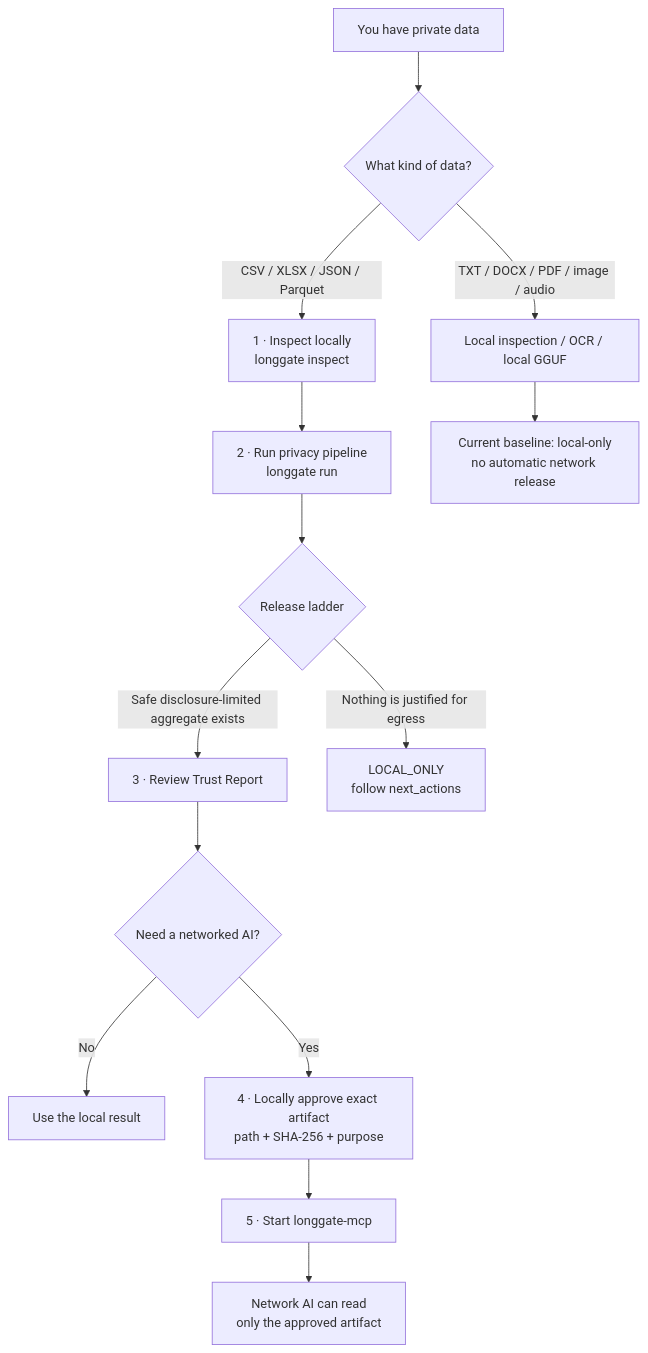
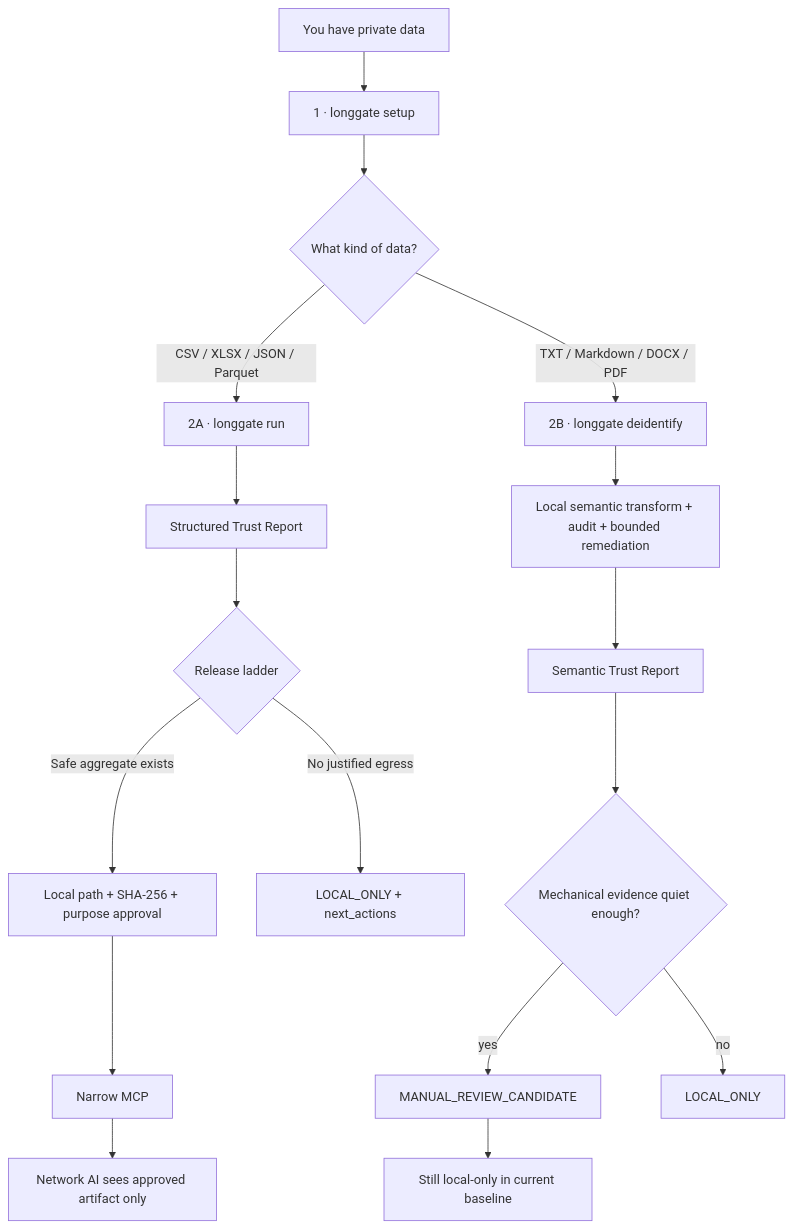
The first of 2 diagrams in README.md (CochraneK/long-gate), drawn with Mermaid before and after one commit. The commit also changed other lines of this file and 23 other files, not shown here.

First line of the commit message:
feat: complete P0 local privacy product loop

````diff
--- a/README.md
+++ b/README.md
@@ -45,21 +90,21 @@
 ```mermaid
 flowchart TD
-    START["You have private data"] --> KIND{"What kind of data?"}
+    START["You have private data"] --> SETUP["1 · longgate setup"]
+    SETUP --> KIND{"What kind of data?"}
 
-    KIND -->|"CSV / XLSX / JSON / Parquet"| INSPECT["1 · Inspect locally<br/>longgate inspect"]
-    INSPECT --> RUN["2 · Run privacy pipeline<br/>longgate run"]
-    RUN --> LADDER{"Release ladder"}
+    KIND -->|"CSV / XLSX / JSON / Parquet"| TABLE["2A · longgate run"]
+    TABLE --> TREPORT["Structured Trust Report"]
+    TREPORT --> LADDER{"Release ladder"}
+    LADDER -->|"Safe aggregate exists"| APPROVE["Local path + SHA-256 + purpose approval"]
+    APPROVE --> MCP["Narrow MCP"]
+    MCP --> CLOUD["Network AI sees approved artifact only"]
+    LADDER -->|"No justified egress"| LOCAL1["LOCAL_ONLY + next_actions"]
 
-    LADDER -->|"Safe disclosure-limited aggregate exists"| REPORT["3 · Review Trust Report"]
-    REPORT --> NEEDAI{"Need a networked AI?"}
-
-    NEEDAI -->|"No"| DONE["Use the local result"]
-    NEEDAI -->|"Yes"| APPROVE["4 · Locally approve exact artifact<br/>path + SHA-256 + purpose"]
-    APPROVE --> MCP["5 · Start longgate-mcp"]
-    MCP --> AI["Network AI can read<br/>only the approved artifact"]
-
-    LADDER -->|"Nothing is justified for egress"| LOCAL["LOCAL_ONLY<br/>follow next_actions"]
-
-    KIND -->|"TXT / DOCX / PDF / image / audio"| UNSTRUCT["Local inspection / OCR / local GGUF"]
-    UNSTRUCT --> HOLD["Current baseline: local-only<br/>no automatic network release"]
+    KIND -->|"TXT / Markdown / DOCX / PDF"| SEM["2B · longgate deidentify"]
+    SEM --> LOOP["Local semantic transform + audit + bounded remediation"]
+    LOOP --> SREPORT["Semantic Trust Report"]
+    SREPORT --> REVIEW{"Mechanical evidence quiet enough?"}
+    REVIEW -->|"yes"| HUMAN["MANUAL_REVIEW_CANDIDATE"]
+    REVIEW -->|"no"| LOCAL2["LOCAL_ONLY"]
+    HUMAN --> HOLD["Still local-only in current baseline"]
 ```
````
